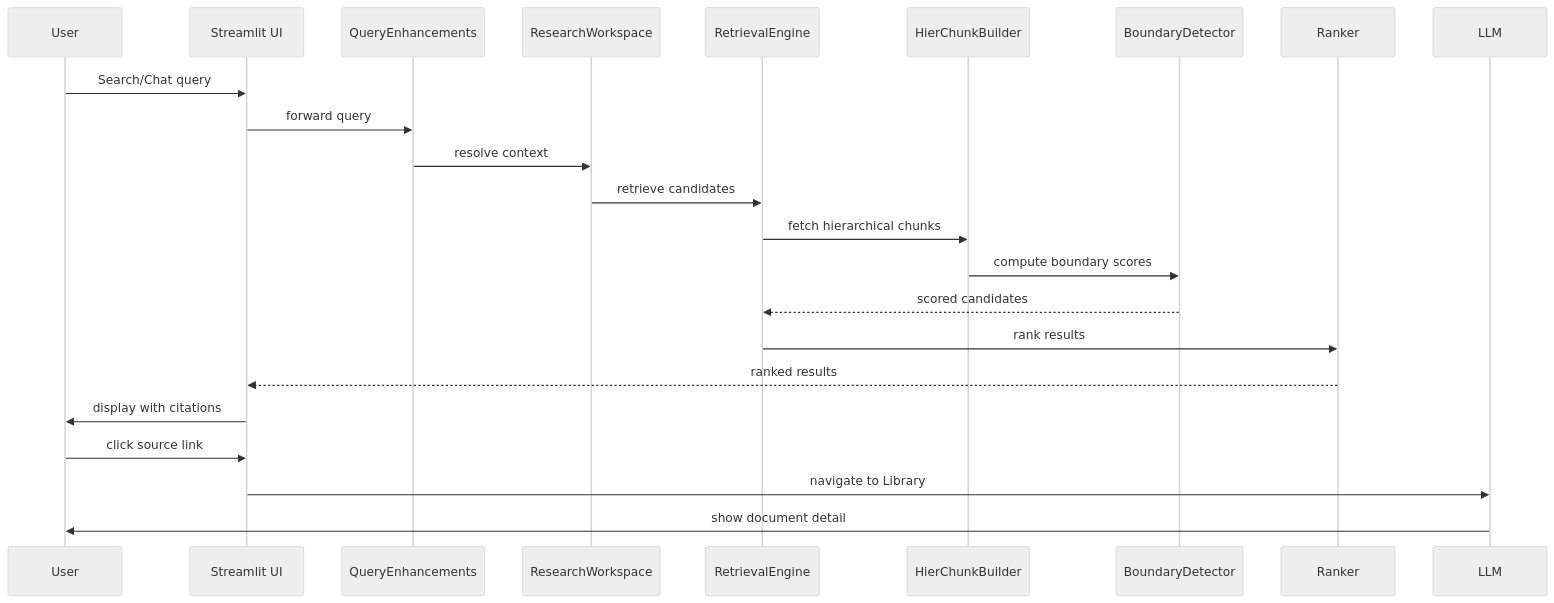
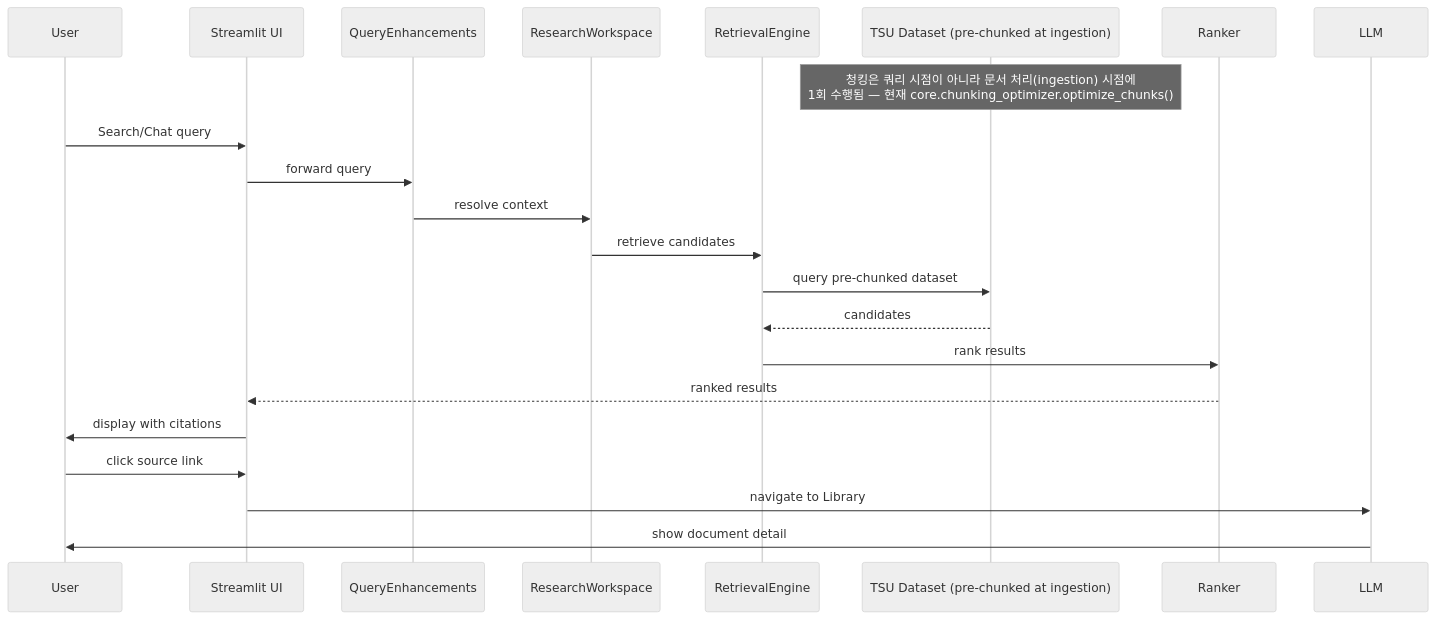
Before and after one commit to nkbang/DBMA: the fourth of 11 diagrams in docs/ARCHITECTURE_DIAGRAM.md, drawn with Mermaid (neutral theme). The commit also changed other lines of this file, not shown here.

First line of the commit message:
fix: ARCHITECTURE_DIAGRAM.md의 사실관계 오류 정정

````diff
--- a/docs/ARCHITECTURE_DIAGRAM.md
+++ b/docs/ARCHITECTURE_DIAGRAM.md
@@ -122,26 +125,26 @@
 ```mermaid
 sequenceDiagram
     participant U as User
     participant UI as Streamlit UI
     participant Q as QueryEnhancements
     participant RW as ResearchWorkspace
     participant R as RetrievalEngine
-    participant H as HierChunkBuilder
-    participant B as BoundaryDetector
+    participant TSU as TSU Dataset (pre-chunked at ingestion)
     participant RK as Ranker
     participant L as LLM
+
+    Note over TSU: 청킹은 쿼리 시점이 아니라 문서 처리(ingestion) 시점에<br/>1회 수행됨 — 현재 core.chunking_optimizer.optimize_chunks()
 
     U->>UI: Search/Chat query
     UI->>Q: forward query
     Q->>RW: resolve context
     RW->>R: retrieve candidates
-    R->>H: fetch hierarchical chunks
-    H->>B: compute boundary scores
-    B-->>R: scored candidates
+    R->>TSU: query pre-chunked dataset
+    TSU-->>R: candidates
     R->>RK: rank results
     RK-->>UI: ranked results
     UI->>U: display with citations
     U->>UI: click source link
     UI->>L: navigate to Library
     L->>U: show document detail
 ```
````
